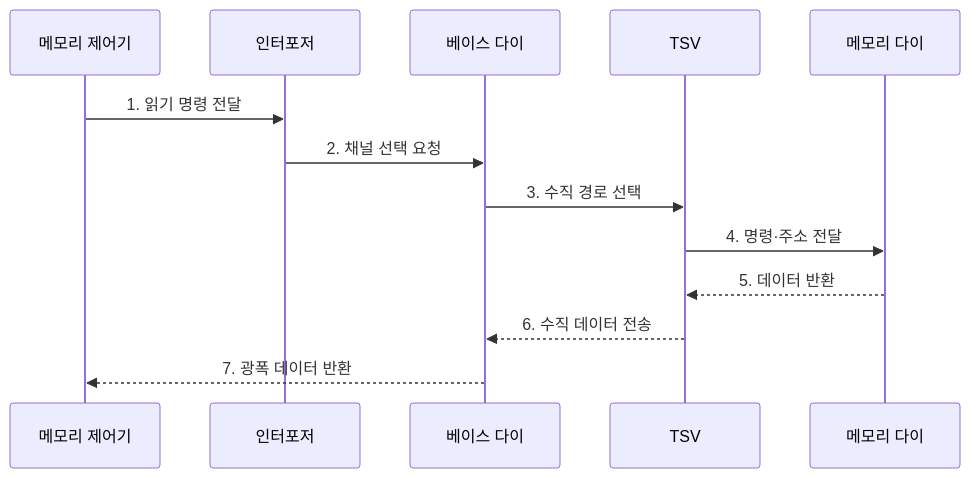
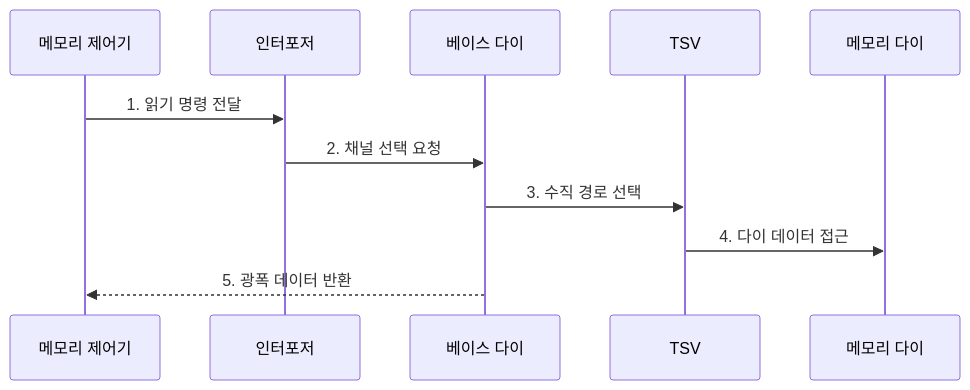
The second of 2 diagrams in src/content/docs/notes/02-hardware/090_3d_stacked_memory.md (agnusdei1207/knowledge-base), drawn with Mermaid before and after one commit. The commit also changed other lines of this file and 86 other files, not shown here.

````diff
--- a/src/content/docs/notes/02-hardware/090_3d_stacked_memory.md
+++ b/src/content/docs/notes/02-hardware/090_3d_stacked_memory.md
@@ -92,15 +94,13 @@
 ```mermaid
 sequenceDiagram
     participant C as 메모리 제어기
     participant I as 인터포저
     participant B as 베이스 다이
     participant V as TSV
     participant D as 메모리 다이
     C->>I: 1. 읽기 명령 전달
     I->>B: 2. 채널 선택 요청
     B->>V: 3. 수직 경로 선택
-    V->>D: 4. 명령·주소 전달
-    D-->>V: 5. 데이터 반환
-    V-->>B: 6. 수직 데이터 전송
-    B-->>C: 7. 광폭 데이터 반환
+    V->>D: 4. 다이 데이터 접근
+    B-->>C: 5. 광폭 데이터 반환
 ```
````
